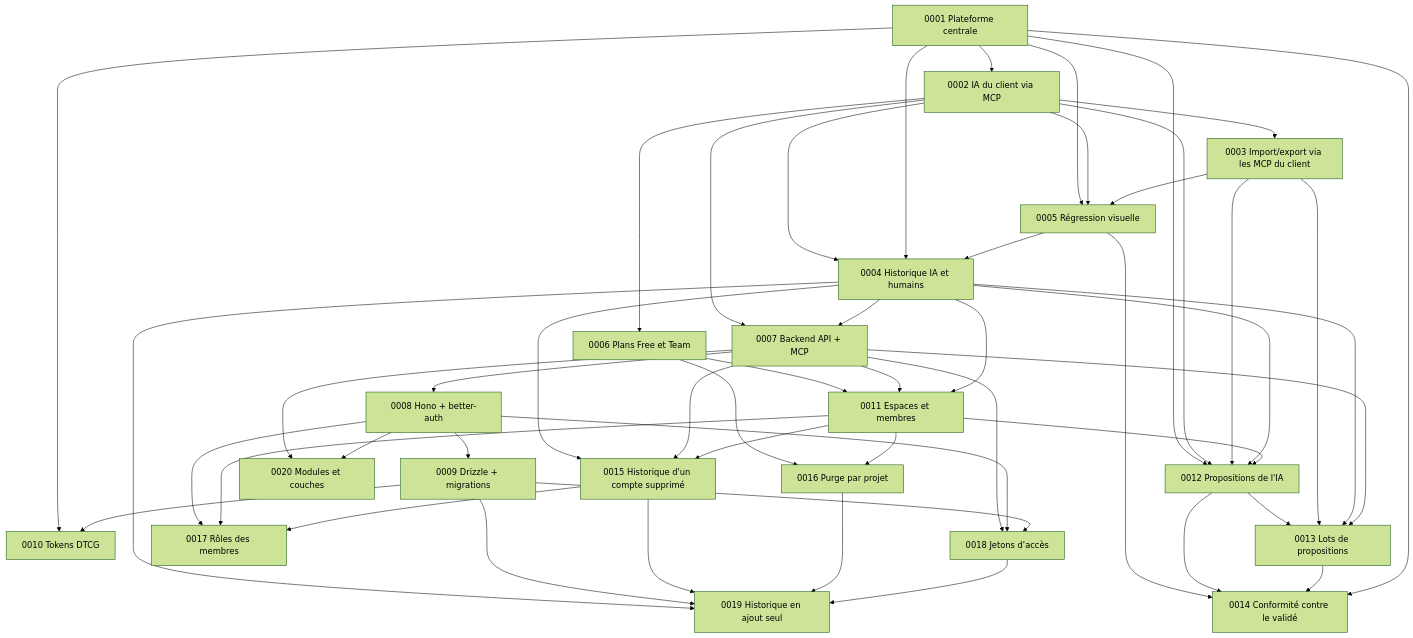
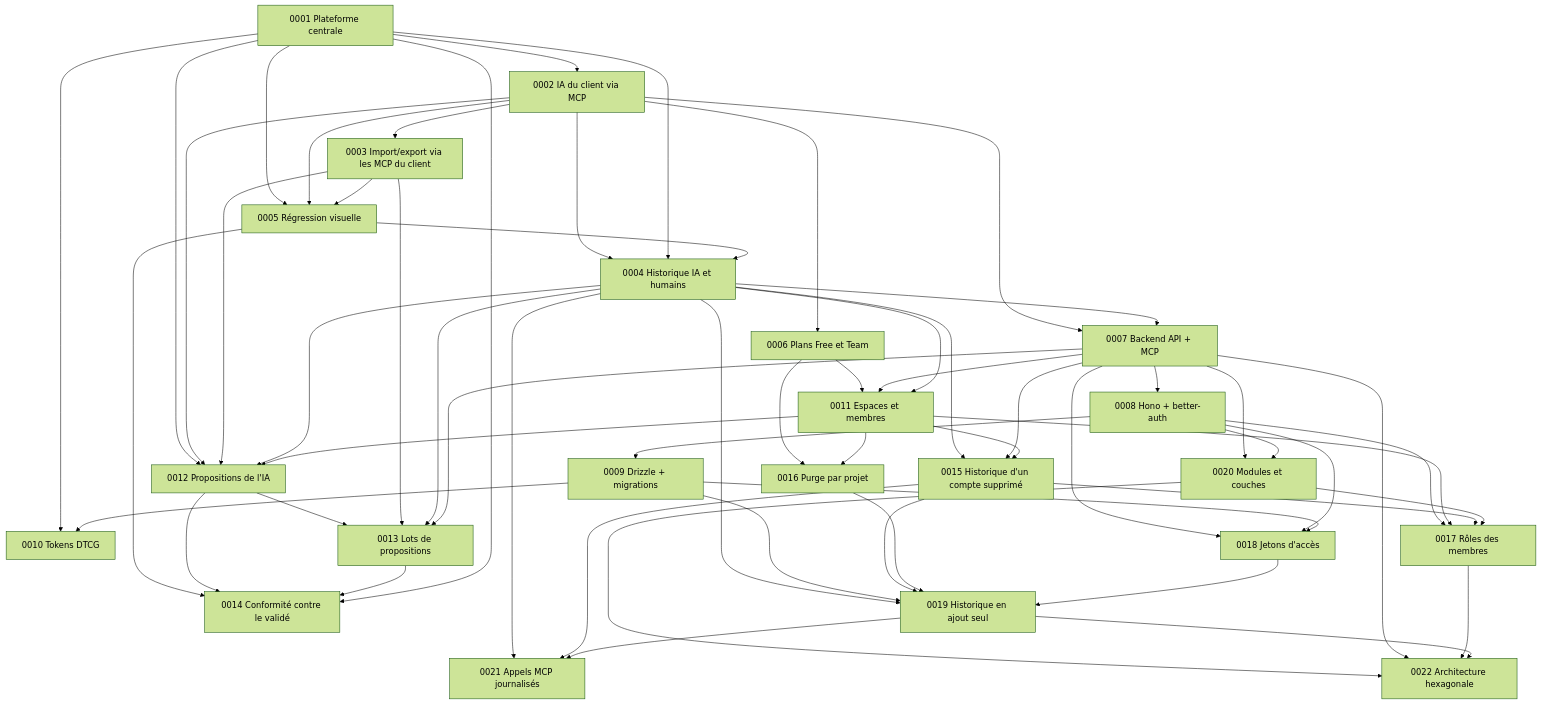
Before and after one commit to Muhammed21/dezyn: the diagram in docs/adr/README.md, drawn with Mermaid (forest theme). The commit also changed other lines of this file and 13 other files, not shown here.

````diff
--- a/docs/adr/README.md
+++ b/docs/adr/README.md
@@ -32,52 +34,60 @@
 ```mermaid
 graph TD
   0001[0001 Plateforme centrale] --> 0002[0002 IA du client via MCP]
   0002 --> 0003[0003 Import/export via les MCP du client]
   0002 --> 0004[0004 Historique IA et humains]
   0001 --> 0004
   0001 --> 0005[0005 Régression visuelle]
   0002 --> 0005
   0003 --> 0005
   0005 --> 0004
   0002 --> 0006[0006 Plans Free et Team]
   0002 --> 0007[0007 Backend API + MCP]
   0004 --> 0007
   0007 --> 0008[0008 Hono + better-auth]
   0008 --> 0009[0009 Drizzle + migrations]
   0001 --> 0010[0010 Tokens DTCG]
   0009 --> 0010
   0006 --> 0011[0011 Espaces et membres]
   0007 --> 0011
   0004 --> 0011
   0001 --> 0012[0012 Propositions de l'IA]
   0002 --> 0012
   0003 --> 0012
   0004 --> 0012
   0011 --> 0012
   0012 --> 0013[0013 Lots de propositions]
   0003 --> 0013
   0004 --> 0013
   0007 --> 0013
   0005 --> 0014[0014 Conformité contre le validé]
   0012 --> 0014
   0013 --> 0014
   0001 --> 0014
   0004 --> 0015[0015 Historique d'un compte supprimé]
   0007 --> 0015
   0011 --> 0015
   0006 --> 0016[0016 Purge par projet]
   0011 --> 0016
   0008 --> 0017[0017 Rôles des membres]
   0011 --> 0017
   0015 --> 0017
   0007 --> 0018[0018 Jetons d'accès]
   0008 --> 0018
   0009 --> 0018
   0004 --> 0019[0019 Historique en ajout seul]
   0009 --> 0019
   0015 --> 0019
   0016 --> 0019
   0018 --> 0019
   0007 --> 0020[0020 Modules et couches]
   0008 --> 0020
+  0020 --> 0017
+  0004 --> 0021[0021 Appels MCP journalisés]
+  0015 --> 0021
+  0019 --> 0021
+  0020 --> 0022[0022 Architecture hexagonale]
+  0007 --> 0022
+  0017 --> 0022
+  0019 --> 0022
 ```
````
